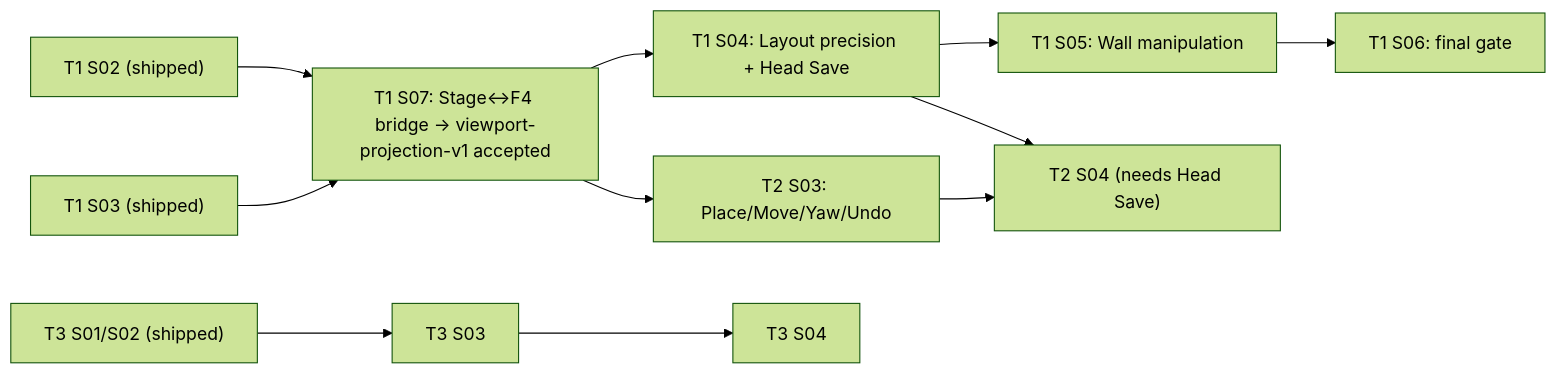
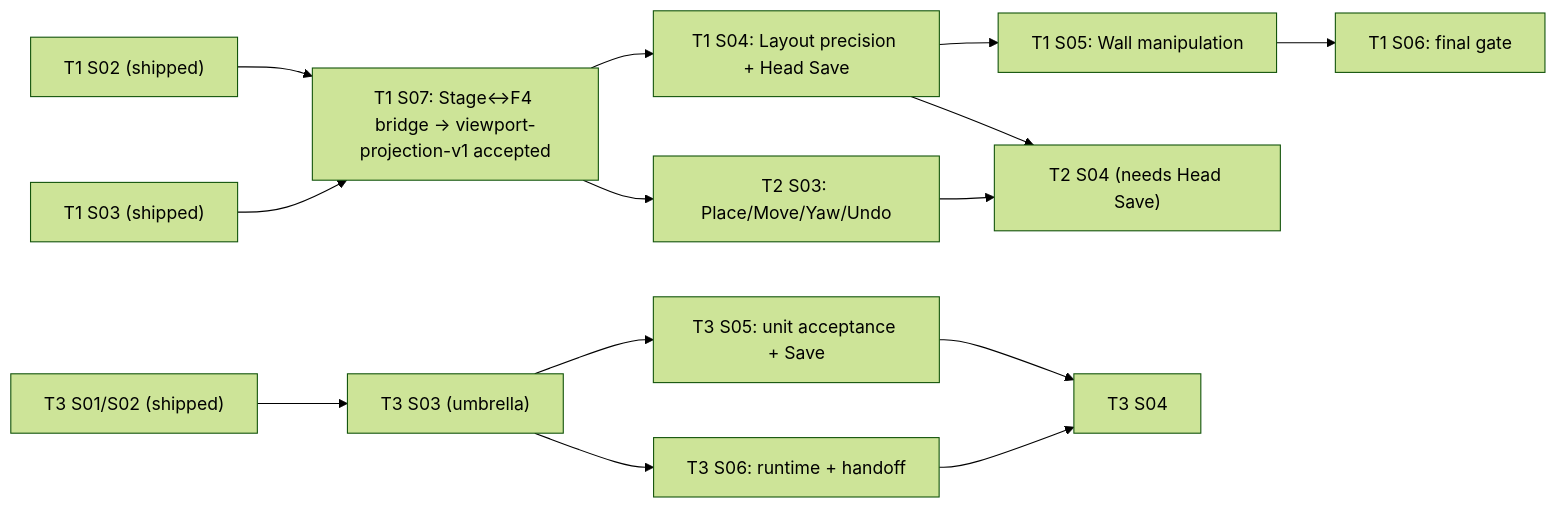
The second of 2 diagrams in docs/roadmap/cross-track-execution.md (Biskiq/spatial-sketch-editor), drawn with Mermaid (forest theme) before and after one commit. The commit also changed other lines of this file and 12 other files, not shown here.

````diff
--- a/docs/roadmap/cross-track-execution.md
+++ b/docs/roadmap/cross-track-execution.md
@@ -334,11 +339,13 @@
 ```mermaid
 flowchart LR
   V["T1 S02 (shipped)"] --> B["T1 S07: Stage↔F4 bridge → viewport-projection-v1 accepted"]
   L["T1 S03 (shipped)"] --> B
   B --> P["T1 S04: Layout precision + Head Save"]
   B --> UI["T2 S03: Place/Move/Yaw/Undo"]
   P --> W["T1 S05: Wall manipulation"] --> G["T1 S06: final gate"]
   P --> T2F["T2 S04 (needs Head Save)"]
   UI --> T2F
-  U["T3 S01/S02 (shipped)"] --> X["T3 S03"] --> CUT["T3 S04"]
+  U["T3 S01/S02 (shipped)"] --> X["T3 S03 (umbrella)"]
+  X --> X5["T3 S05: unit acceptance + Save"] --> CUT["T3 S04"]
+  X --> X6["T3 S06: runtime + handoff"] --> CUT
 ```
````
